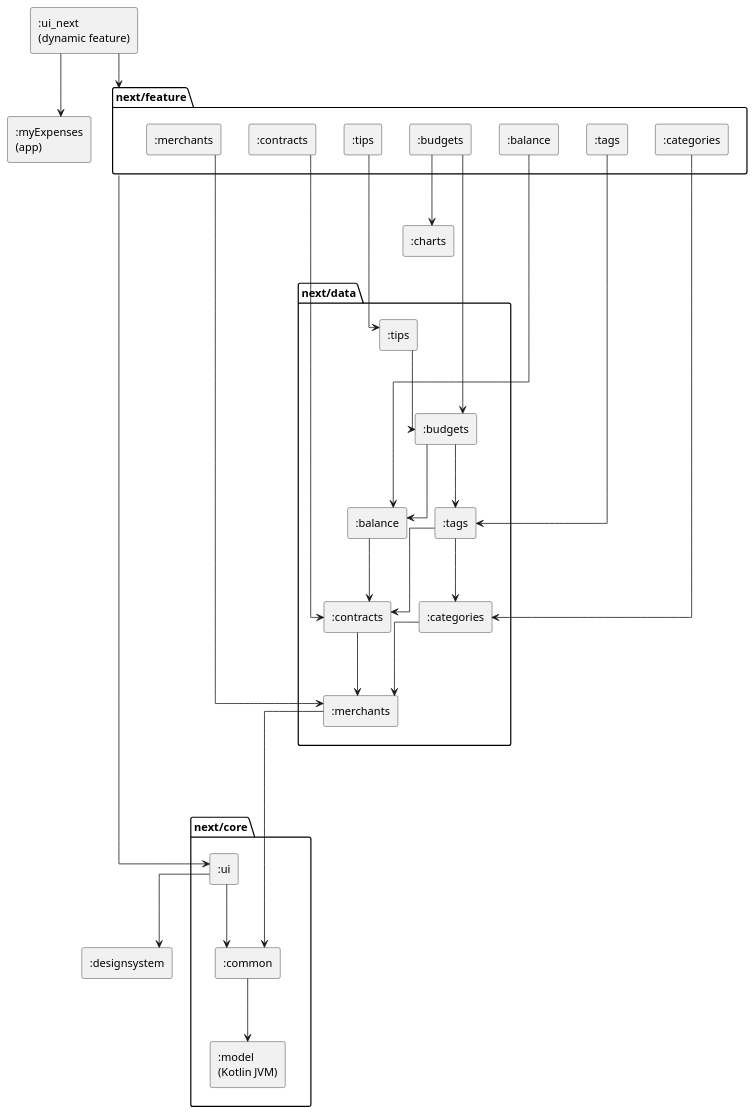
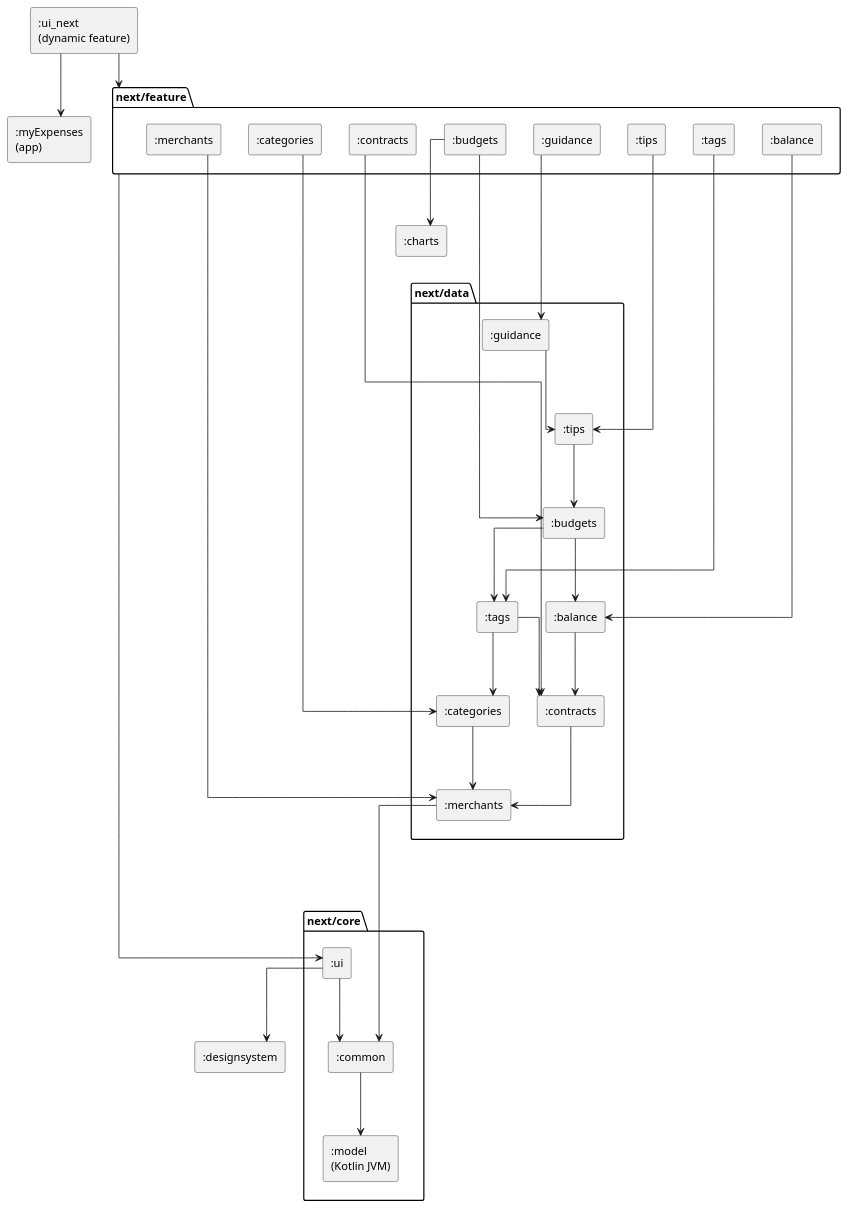
The diagram in ui_next/modules.puml (castn/MyExpenses), drawn with PlantUML before and after one commit. The commit also changed 7 other files, not shown here.

```diff
--- a/ui_next/modules.puml
+++ b/ui_next/modules.puml
@@ -1,69 +1,73 @@
 @startuml modules
 ' Generated by the task moduleGraph of build-logic (ModuleGraphPlugin), do not edit.
 ' Dependencies between the modules of the new UI, rule `mod-diagram` of ARCHITECTURE.md.
 ' An edge that follows from a longer path is left out.
 ' An edge from or to a package stands for an edge from or to every module in it.
 skinparam componentStyle rectangle
 skinparam linetype ortho
 skinparam ranksep 80
 top to bottom direction
 
 [:charts] as mCharts
 [:designsystem] as mDesignsystem
 [:myExpenses\n(app)] as mMyExpenses
 [:ui_next\n(dynamic feature)] as mUiNext
 
 package "next/core" as pNextCore {
     [:common] as mNextCoreCommon
     [:model\n(Kotlin JVM)] as mNextCoreModel
     [:ui] as mNextCoreUi
 }
 
 package "next/data" as pNextData {
     [:balance] as mNextDataBalance
     [:budgets] as mNextDataBudgets
     [:categories] as mNextDataCategories
     [:contracts] as mNextDataContracts
+    [:guidance] as mNextDataGuidance
     [:merchants] as mNextDataMerchants
     [:tags] as mNextDataTags
     [:tips] as mNextDataTips
 }
 
 package "next/feature" as pNextFeature {
     [:balance] as mNextFeatureBalance
     [:budgets] as mNextFeatureBudgets
     [:categories] as mNextFeatureCategories
     [:contracts] as mNextFeatureContracts
+    [:guidance] as mNextFeatureGuidance
     [:merchants] as mNextFeatureMerchants
     [:tags] as mNextFeatureTags
     [:tips] as mNextFeatureTips
 }
 
 ' Layout only
 mNextDataMerchants -[hidden]--> pNextCore
 mNextFeatureTips -[hidden]--> pNextData
 
 mUiNext --> pNextFeature
 pNextFeature --> mNextCoreUi
 mNextCoreCommon --> mNextCoreModel
 mNextCoreUi --> mDesignsystem
 mNextCoreUi --> mNextCoreCommon
 mNextDataBalance --> mNextDataContracts
 mNextDataBudgets --> mNextDataBalance
 mNextDataBudgets --> mNextDataTags
 mNextDataCategories --> mNextDataMerchants
 mNextDataContracts --> mNextDataMerchants
+mNextDataGuidance --> mNextDataTips
 mNextDataMerchants --> mNextCoreCommon
 mNextDataTags --> mNextDataCategories
 mNextDataTags --> mNextDataContracts
 mNextDataTips --> mNextDataBudgets
 mNextFeatureBalance --> mNextDataBalance
 mNextFeatureBudgets --> mCharts
 mNextFeatureBudgets --> mNextDataBudgets
 mNextFeatureCategories --> mNextDataCategories
 mNextFeatureContracts --> mNextDataContracts
+mNextFeatureGuidance --> mNextDataGuidance
 mNextFeatureMerchants --> mNextDataMerchants
 mNextFeatureTags --> mNextDataTags
 mNextFeatureTips --> mNextDataTips
 mUiNext --> mMyExpenses
 @enduml
```
